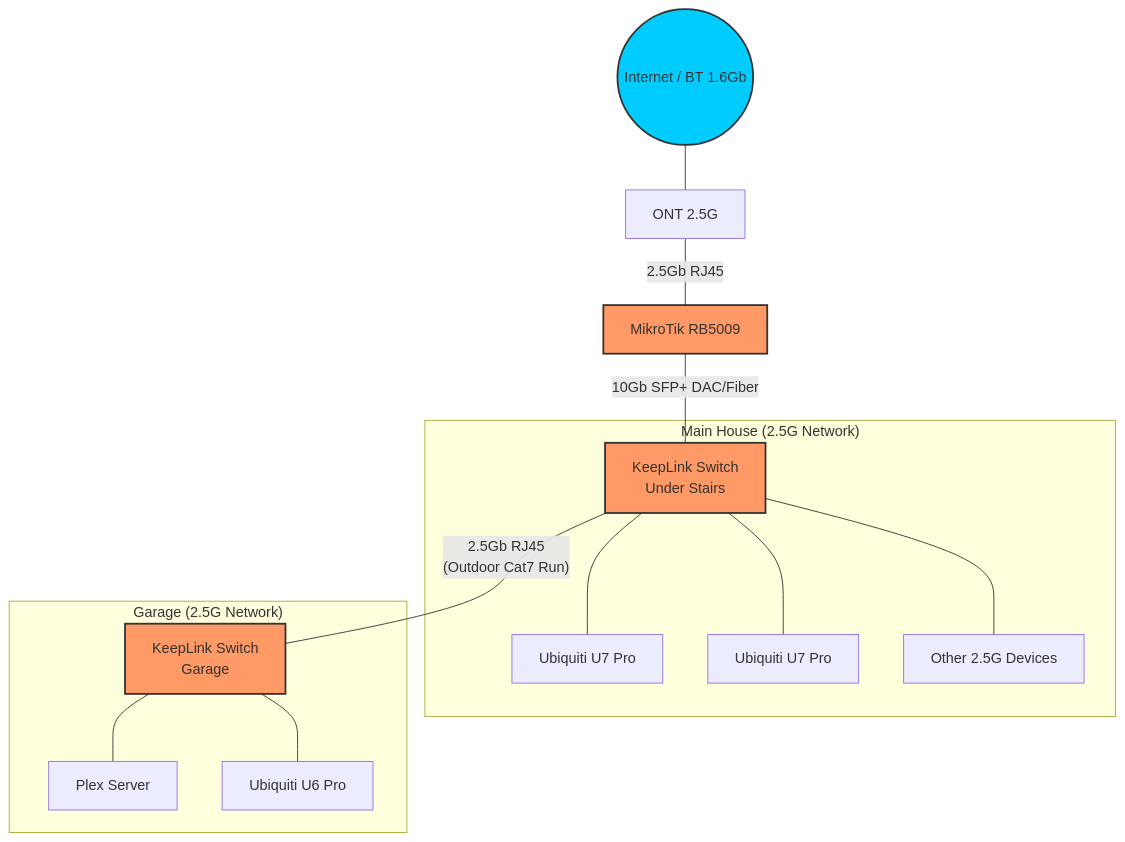
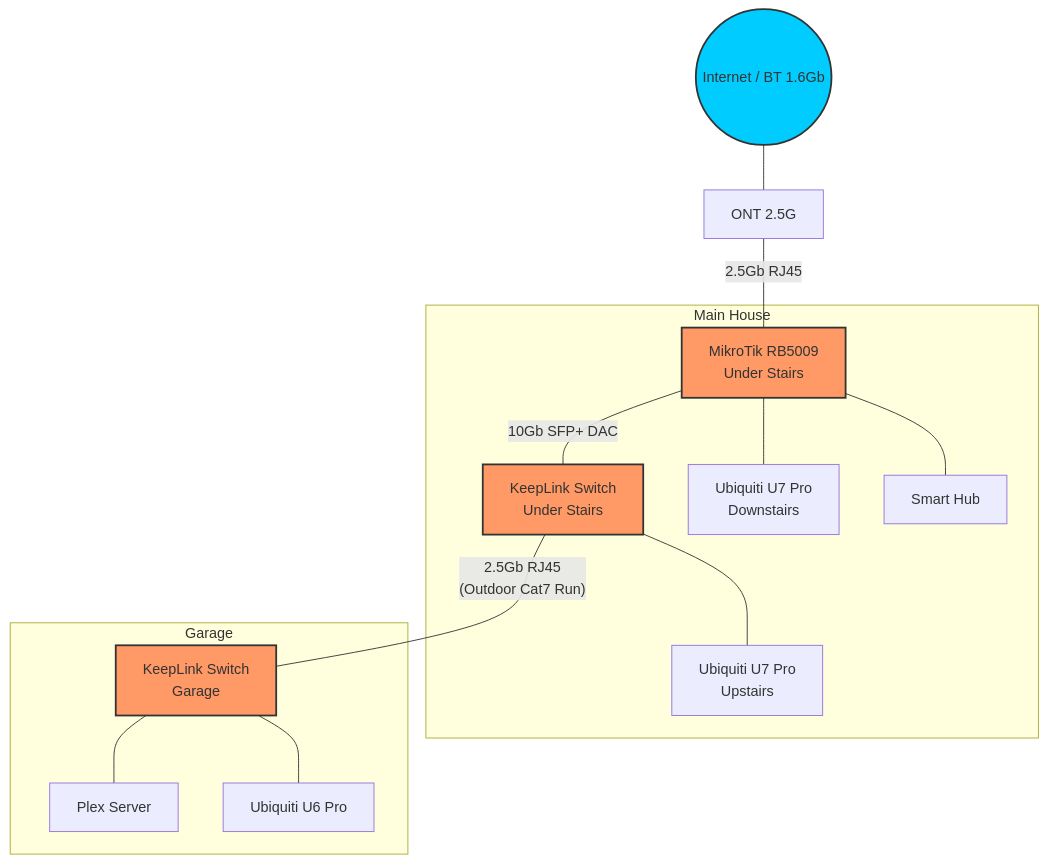
The diagram in docs/network/topology.md (eperdeme/digital-garden), drawn with Mermaid before and after one commit. The commit also changed other lines of this file and 1 other file, not shown here.

Commit message:
docs: update network documentation with 1.6Gb router config

````diff
--- a/docs/network/topology.md
+++ b/docs/network/topology.md
@@ -69,25 +10,25 @@
 ```mermaid
 graph TD
     ISP((Internet / BT 1.6Gb)) --- ONT[ONT 2.5G]
-    ONT -- "2.5Gb RJ45" --- RB5009[MikroTik RB5009]
+    ONT -- "2.5Gb RJ45" --- RB5009[MikroTik RB5009<br/>Under Stairs]
 
-    RB5009 -- "10Gb SFP+ DAC/Fiber" --- HSW[KeepLink Switch<br/>Under Stairs]
+    RB5009 -- "10Gb SFP+ DAC" --- HSW[KeepLink Switch<br/>Under Stairs]
 
-    subgraph "Main House (2.5G Network)"
-        HSW --- U7PU[Ubiquiti U7 Pro]
-        HSW --- U7PD[Ubiquiti U7 Pro]
-        HSW --- Other[Other 2.5G Devices]
+    subgraph "Main House"
+        HSW --- U7PU[Ubiquiti U7 Pro<br/>Upstairs]
+        RB5009 --- U7PD[Ubiquiti U7 Pro<br/>Downstairs]
+        RB5009 --- SMH[Smart Hub]
     end
 
     HSW -- "2.5Gb RJ45<br/>(Outdoor Cat7 Run)" --- GSW[KeepLink Switch<br/>Garage]
 
-    subgraph "Garage (2.5G Network)"
+    subgraph "Garage"
         GSW --- Plex[Plex Server]
         GSW --- U6PG[Ubiquiti U6 Pro]
     end
 
     style RB5009 fill:#f96,stroke:#333,stroke-width:2px
     style HSW fill:#f96,stroke:#333,stroke-width:2px
     style GSW fill:#f96,stroke:#333,stroke-width:2px
     style ISP fill:#0cf,stroke:#333,stroke-width:2px
 ```
````
